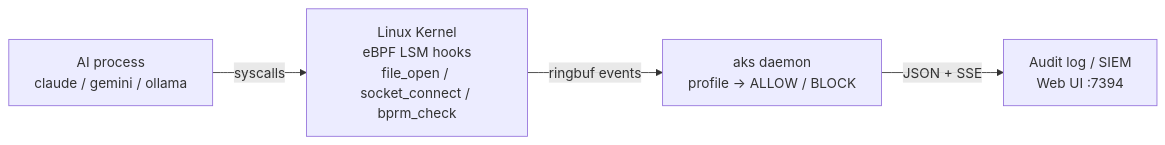
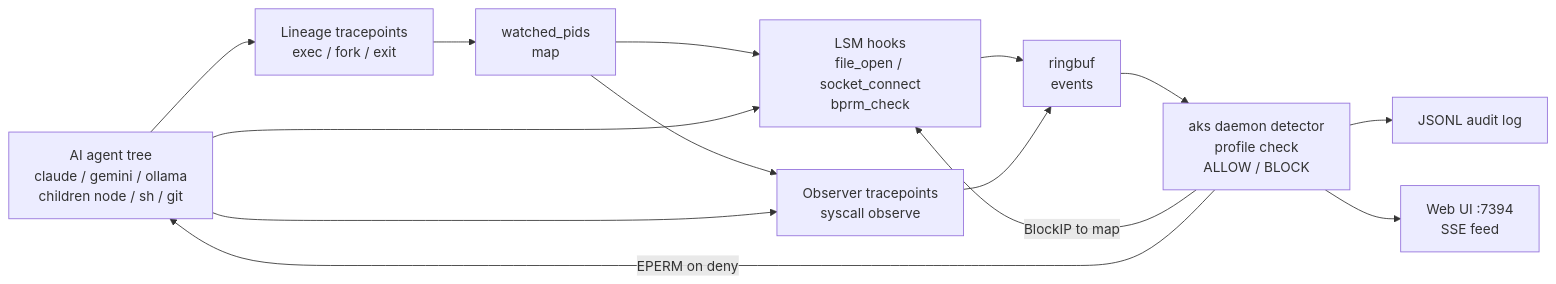
Before and after one commit to Bappaditya-kuilya/AgentKernelShield: the diagram in README.md, drawn with Mermaid. The commit also changed other lines of this file and 1 other file, not shown here.

Commit message:
docs(readme): expanded mermaid pipeline, build-from-source quickstart, new logo

````diff
--- a/README.md
+++ b/README.md
@@ -13,6 +13,16 @@
 ```mermaid
 flowchart LR
-    A["AI process<br/>claude / gemini / ollama"] -->|syscalls| B["Linux Kernel<br/>eBPF LSM hooks<br/>file_open / socket_connect / bprm_check"]
-    B -->|ringbuf events| C["aks daemon<br/>profile → ALLOW / BLOCK"]
-    C -->|JSON + SSE| D["Audit log / SIEM<br/>Web UI :7394"]
+    A["AI agent tree<br/>claude / gemini / ollama<br/>children node / sh / git"] --> B["Lineage tracepoints<br/>exec / fork / exit"]
+    B --> WP["watched_pids<br/>map"]
+    WP --> C["LSM hooks<br/>file_open / socket_connect<br/>bprm_check"]
+    WP --> D["Observer tracepoints<br/>syscall observe"]
+    A --> C
+    A --> D
+    C --> E["ringbuf<br/>events"]
+    D --> E
+    E --> F["aks daemon detector<br/>profile check<br/>ALLOW / BLOCK"]
+    F -->|"BlockIP to map"| C
+    F -->|"EPERM on deny"| A
+    F --> G["JSONL audit log"]
+    F --> H["Web UI :7394<br/>SSE feed"]
 ```
````
